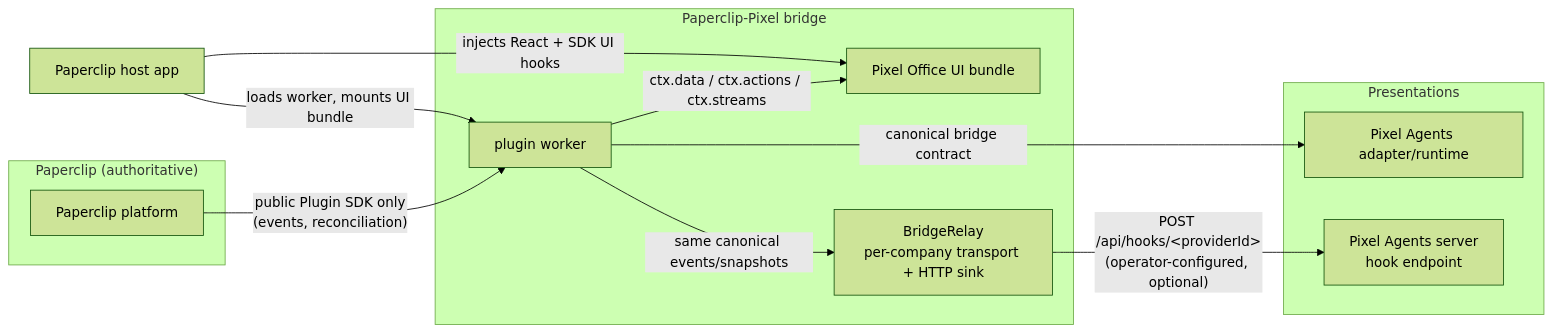
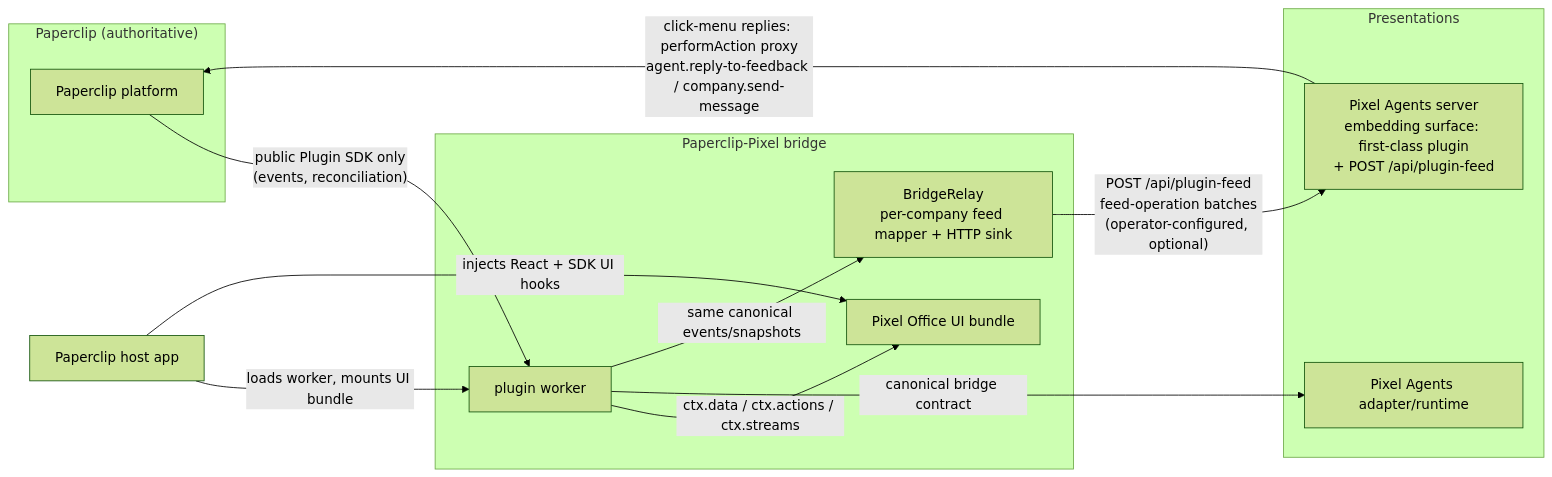
One commit to decaf-ts/paperclip-pixels changed the first of 5 diagrams in workdocs/ai/project/architecture-handbook.md. Above: the diagram before and after it, drawn with Mermaid (forest theme). The commit also changed other lines of this file and 56 other files, not shown here.

Commit message:
PAPERCLIP_PIXELS-2: run the paperclip bridge as a first-class plugin with authenticated feed and embedding loader; retire impersonation hacks

````diff
--- a/workdocs/ai/project/architecture-handbook.md
+++ b/workdocs/ai/project/architecture-handbook.md
@@ -144,23 +146,24 @@
 ```mermaid
 graph LR
   subgraph Authoritative["Paperclip (authoritative)"]
     PC[Paperclip platform]
   end
   subgraph Bridge["Paperclip-Pixel bridge"]
     WK[plugin worker]
     UI[Pixel Office UI bundle]
-    RL[BridgeRelay<br/>per-company transport + HTTP sink]
+    RL[BridgeRelay<br/>per-company feed mapper + HTTP sink]
   end
   subgraph Presentations
     PA[Pixel Agents adapter/runtime]
-    PAS[Pixel Agents server<br/>hook endpoint]
+    PAS[Pixel Agents server<br/>embedding surface: first-class plugin<br/>+ POST /api/plugin-feed]
   end
   HOST[Paperclip host app]
   PC -->|"public Plugin SDK only<br/>(events, reconciliation)"| WK
   WK -->|ctx.data / ctx.actions / ctx.streams| UI
   WK -->|canonical bridge contract| PA
   WK -->|"same canonical events/snapshots"| RL
-  RL -->|"POST /api/hooks/&lt;providerId&gt;<br/>(operator-configured, optional)"| PAS
+  RL -->|"POST /api/plugin-feed<br/>feed-operation batches<br/>(operator-configured, optional)"| PAS
+  PAS -->|"click-menu replies: performAction proxy<br/>agent.reply-to-feedback / company.send-message"| PC
   HOST -->|loads worker, mounts UI bundle| WK
   HOST -->|injects React + SDK UI hooks| UI
 ```
````
